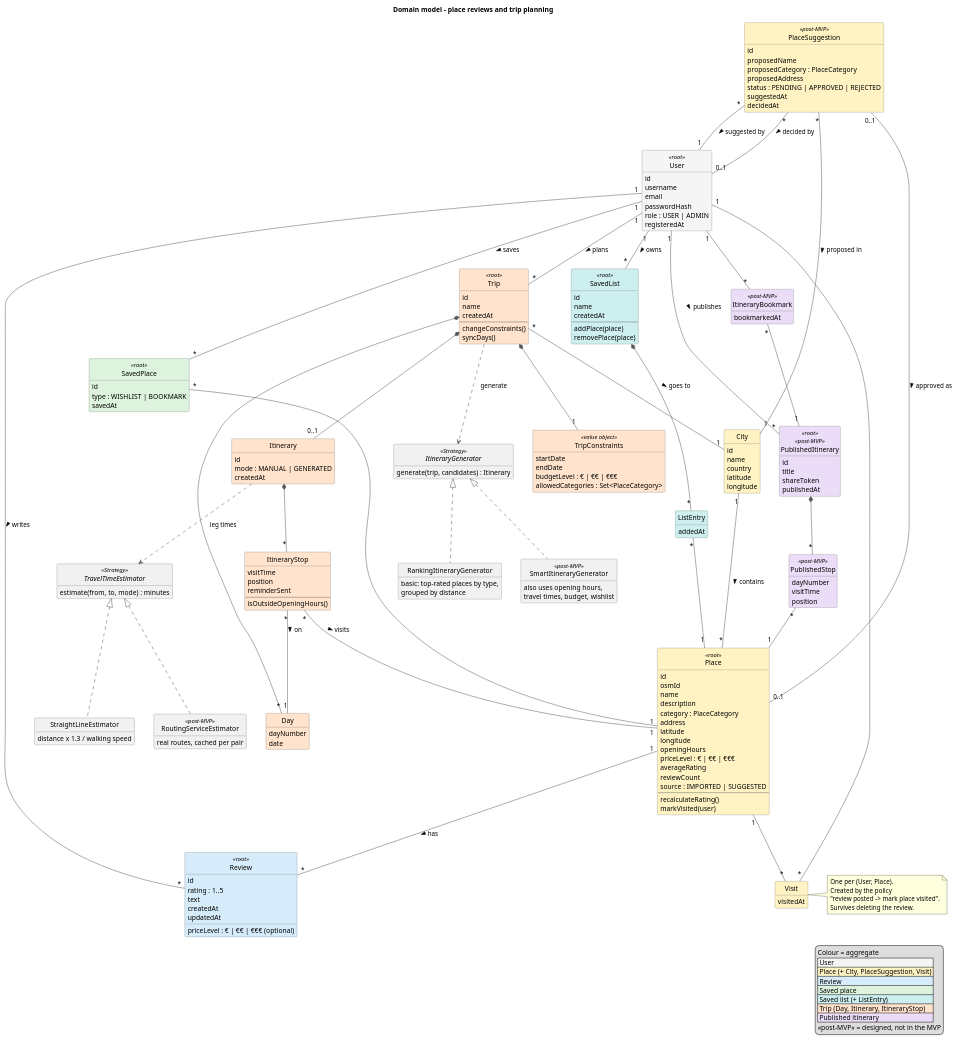
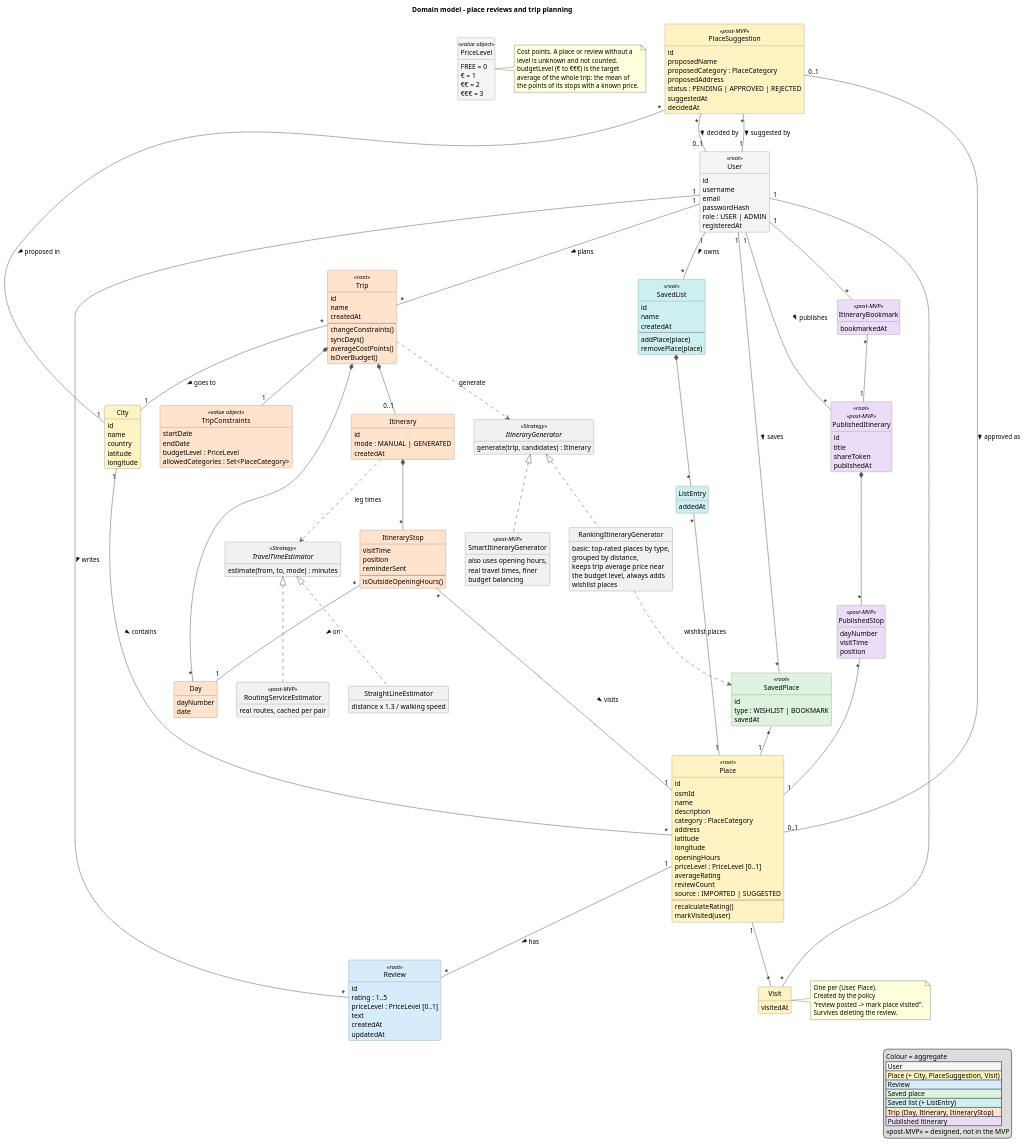
Before and after one commit to MESW-LES-2627/les-project-group-7: the diagram in docs/design/domain-model.puml, drawn with PlantUML. The commit also changed 8 other files, not shown here.

```diff
--- a/docs/design/domain-model.puml
+++ b/docs/design/domain-model.puml
@@ -30,6 +30,20 @@
   registeredAt
 }
 
+enum PriceLevel <<value object>> #F5F5F5 {
+  FREE = 0
+  € = 1
+  €€ = 2
+  €€€ = 3
+}
+note right of PriceLevel
+  Cost points. A place or review without a
+  level is unknown and not counted.
+  budgetLevel (€ to €€€) is the target
+  average of the whole trip: the mean of
+  the points of its stops with a known price.
+end note
+
 class City #FFF3C4 {
   id
   name
@@ -48,7 +62,7 @@
   latitude
   longitude
   openingHours
-  priceLevel : € | €€ | €€€
+  priceLevel : PriceLevel [0..1]
   averageRating
   reviewCount
   source : IMPORTED | SUGGESTED
@@ -70,7 +84,7 @@
 class Review <<root>> #D6ECFA {
   id
   rating : 1..5
-  priceLevel : € | €€ | €€€ (optional)
+  priceLevel : PriceLevel [0..1]
   text
   createdAt
   updatedAt
@@ -112,12 +126,14 @@
   --
   changeConstraints()
   syncDays()
+  averageCostPoints()
+  isOverBudget()
 }
 
 class TripConstraints <<value object>> #FFE3CC {
   startDate
   endDate
-  budgetLevel : € | €€ | €€€
+  budgetLevel : PriceLevel
   allowedCategories : Set<PlaceCategory>
 }
 
@@ -162,11 +178,15 @@
 }
 class RankingItineraryGenerator {
   basic: top-rated places by type,
-  grouped by distance
+  grouped by distance,
+  keeps trip average price near
+  the budget level, always adds
+  wishlist places
 }
 class SmartItineraryGenerator <<post-MVP>> {
   also uses opening hours,
-  travel times, budget, wishlist
+  real travel times, finer
+  budget balancing
 }
 
 interface TravelTimeEstimator <<Strategy>> {
@@ -218,6 +238,7 @@
 ItineraryGenerator <|.. RankingItineraryGenerator
 ItineraryGenerator <|.. SmartItineraryGenerator
 Trip ..> ItineraryGenerator : generate
+RankingItineraryGenerator ..> SavedPlace : wishlist places
 TravelTimeEstimator <|.. StraightLineEstimator
 TravelTimeEstimator <|.. RoutingServiceEstimator
 Itinerary ..> TravelTimeEstimator : leg times
```
